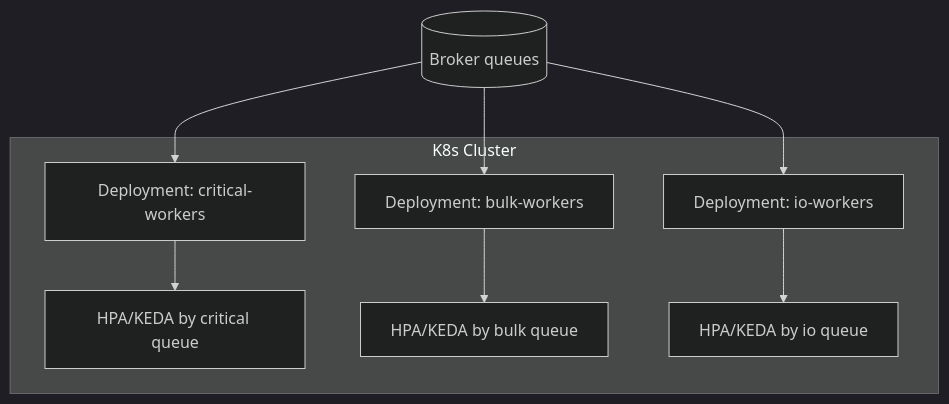
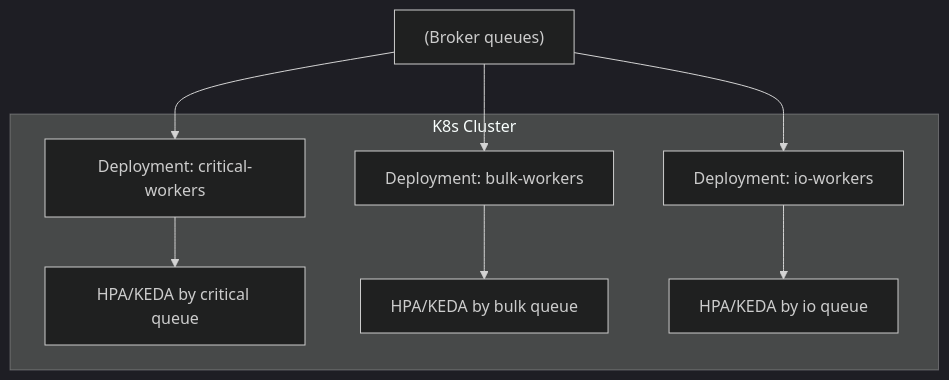
The first of 2 diagrams in directions/services/celery/pact/26_sovremennye_praktiki_i_napravleniya_razvitiya/14_26_26_4_celery_v_kubernetes_okruzheniyakh.md (DDoSKudya/ai-study-atlas), drawn with Mermaid (dark theme) before and after one commit. The commit also changed 322 other files, not shown here.

Commit message:
fix(docs): make mermaid diagrams GitHub-compatible across directions content

````diff
--- a/directions/services/celery/pact/26_sovremennye_praktiki_i_napravleniya_razvitiya/14_26_26_4_celery_v_kubernetes_okruzheniyakh.md
+++ b/directions/services/celery/pact/26_sovremennye_praktiki_i_napravleniya_razvitiya/14_26_26_4_celery_v_kubernetes_okruzheniyakh.md
@@ -47,11 +47,11 @@
 ```mermaid
 flowchart TB
     subgraph K8s Cluster
-      A[Deployment: critical-workers] --> A1[HPA/KEDA by critical queue]
-      B[Deployment: bulk-workers] --> B1[HPA/KEDA by bulk queue]
-      C[Deployment: io-workers] --> C1[HPA/KEDA by io queue]
+      A["Deployment: critical-workers"] --> A1["HPA/KEDA by critical queue"]
+      B["Deployment: bulk-workers"] --> B1["HPA/KEDA by bulk queue"]
+      C["Deployment: io-workers"] --> C1["HPA/KEDA by io queue"]
     end
-    Q[(Broker queues)] --> A
+    Q["(Broker queues)"] --> A
     Q --> B
     Q --> C
 ```
````
